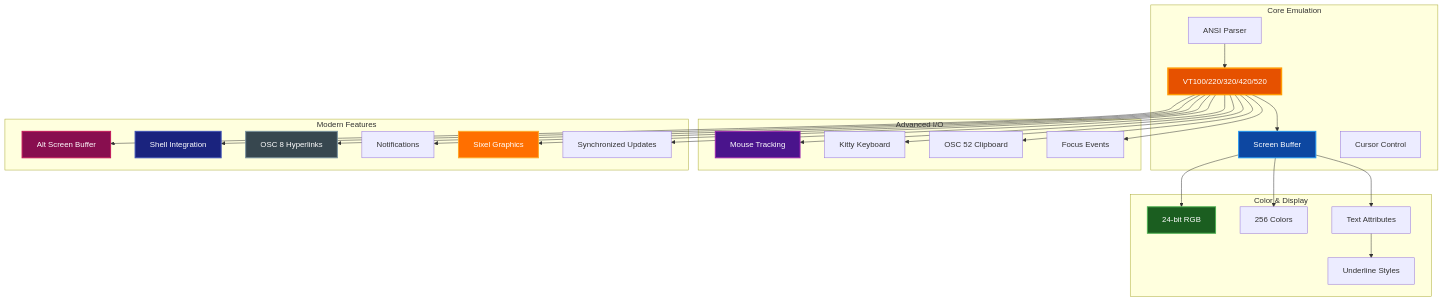
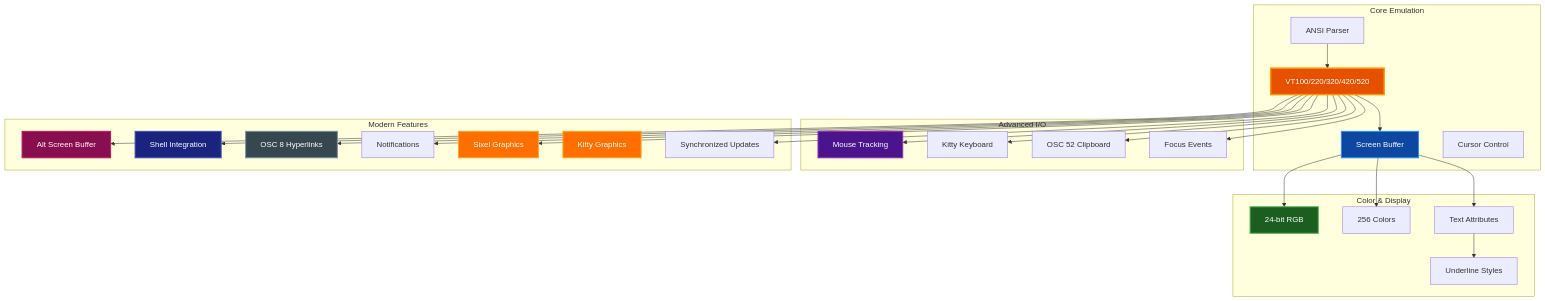
Before and after one commit to paulrobello/par-term-emu-core-rust: the diagram in docs/ADVANCED_FEATURES.md, drawn with Mermaid. The commit also changed other lines of this file and 107 other files, not shown here.

First line of the commit message:
feat(graphics): complete graphics protocol implementation with comprehensive features

````diff
--- a/docs/ADVANCED_FEATURES.md
+++ b/docs/ADVANCED_FEATURES.md
@@ -37,60 +40,62 @@
 ```mermaid
 graph TB
     subgraph "Core Emulation"
         VT[VT100/220/320/420/520]
         Grid[Screen Buffer]
         Cursor[Cursor Control]
         Parser[ANSI Parser]
     end
 
     subgraph "Color & Display"
         TrueColor[24-bit RGB]
         Color256[256 Colors]
         Attrs[Text Attributes]
         Underline[Underline Styles]
     end
 
     subgraph "Advanced I/O"
         Mouse[Mouse Tracking]
         Keyboard[Kitty Keyboard]
         Clipboard[OSC 52 Clipboard]
         Focus[Focus Events]
     end
 
     subgraph "Modern Features"
         AltScreen[Alt Screen Buffer]
         Shell[Shell Integration]
         Links[OSC 8 Hyperlinks]
         Notify[Notifications]
         Sixel[Sixel Graphics]
+        Kitty[Kitty Graphics]
         Sync[Synchronized Updates]
     end
 
     Parser --> VT
     VT --> Grid
     Grid --> TrueColor
     Grid --> Color256
     Grid --> Attrs
     Attrs --> Underline
 
     VT --> Mouse
     VT --> Keyboard
     VT --> Clipboard
     VT --> Focus
 
     VT --> AltScreen
     VT --> Shell
     VT --> Links
     VT --> Notify
     VT --> Sixel
     VT --> Sync
 
     style VT fill:#e65100,stroke:#ff9800,stroke-width:3px,color:#ffffff
     style Grid fill:#0d47a1,stroke:#2196f3,stroke-width:2px,color:#ffffff
     style TrueColor fill:#1b5e20,stroke:#4caf50,stroke-width:2px,color:#ffffff
     style Mouse fill:#4a148c,stroke:#9c27b0,stroke-width:2px,color:#ffffff
     style AltScreen fill:#880e4f,stroke:#c2185b,stroke-width:2px,color:#ffffff
     style Shell fill:#1a237e,stroke:#3f51b5,stroke-width:2px,color:#ffffff
     style Links fill:#37474f,stroke:#78909c,stroke-width:2px,color:#ffffff
     style Sixel fill:#ff6f00,stroke:#ffa726,stroke-width:2px,color:#ffffff
+    style Kitty fill:#ff6f00,stroke:#ffa726,stroke-width:2px,color:#ffffff
 ```
````
